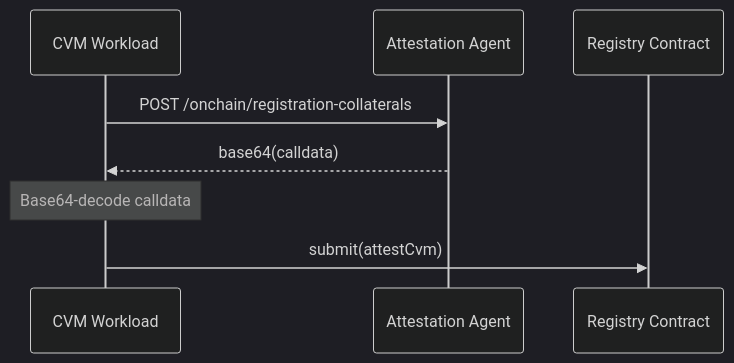
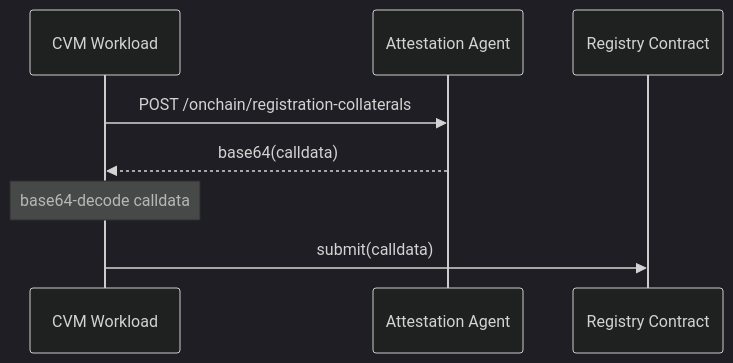
One commit to nuconstruct-ltd/automata-linux changed the second of 4 diagrams in docs/onchain-workflows.md. Above: the diagram before and after it, drawn with Mermaid (dark theme). The commit also changed other lines of this file and 1 other file, not shown here.

````diff
--- a/docs/onchain-workflows.md
+++ b/docs/onchain-workflows.md
@@ -21,11 +23,11 @@
 ```mermaid
 sequenceDiagram
     participant CVM as CVM Workload
     participant AA as Attestation Agent
     participant RC as Registry Contract
 
     CVM->>AA: POST /onchain/registration-collaterals
     AA-->>CVM: base64(calldata)
-    note over CVM: Base64-decode calldata
-    CVM->>RC: submit(attestCvm)
+    note over CVM: base64-decode calldata
+    CVM->>RC: submit(calldata)
 ```
````
